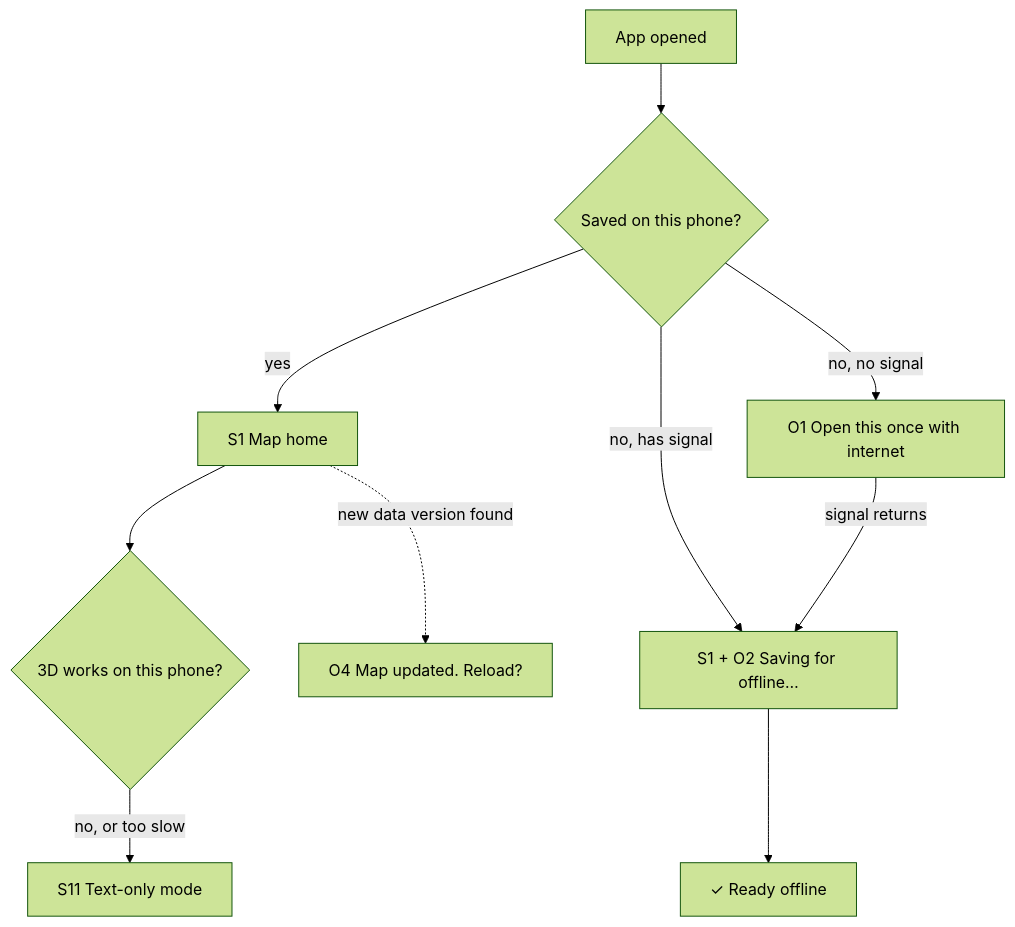
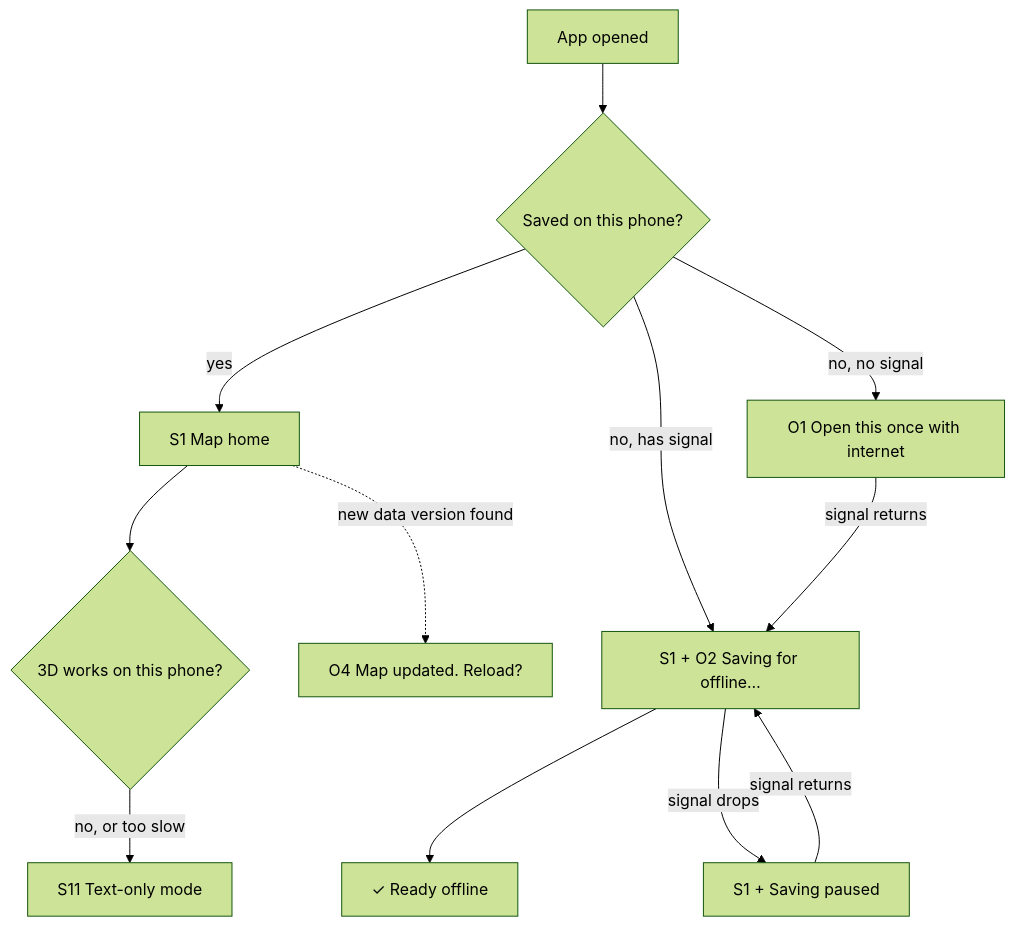
One commit to garyreyes/dlsu-map changed the third of 3 diagrams in docs/user-flows.md. Above: the diagram before and after it, drawn with Mermaid (forest theme). The commit also changed other lines of this file and 25 other files, not shown here.

````diff
--- a/docs/user-flows.md
+++ b/docs/user-flows.md
@@ -194,11 +194,12 @@
 ```mermaid
 flowchart TD
     Open[App opened] --> Saved{Saved on this phone?}
     Saved -->|yes| S1[S1 Map home]
     Saved -->|no, has signal| S1save[S1 + O2 Saving for offline…] --> Ready[✓ Ready offline]
     Saved -->|no, no signal| O1[O1 Open this once with internet]
     O1 -->|signal returns| S1save
+    S1save -->|signal drops| Paused[S1 + Saving paused] -->|signal returns| S1save
     S1 --> GL{3D works on this phone?}
     GL -->|no, or too slow| S11[S11 Text-only mode]
     S1 -.->|new data version found| O4[O4 Map updated. Reload?]
 ```
````
